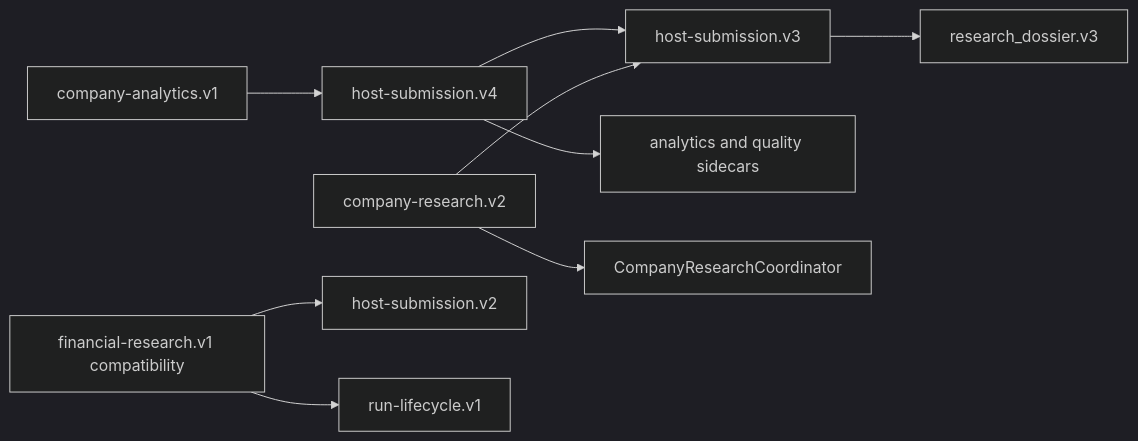
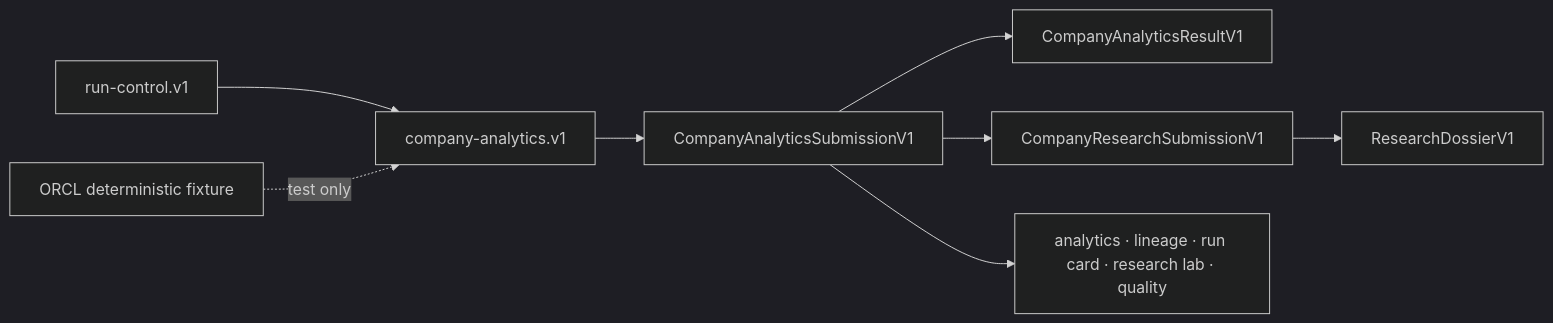
The diagram in docs/COMPATIBILITY.md (harshitagarwal2/StockResearchAgents), drawn with Mermaid (dark theme) before and after one commit. The commit also changed other lines of this file and 354 other files, not shown here.

Commit message:
refactor: make StockResearchAgents fully standalone

````diff
--- a/docs/COMPATIBILITY.md
+++ b/docs/COMPATIBILITY.md
@@ -10,13 +10,12 @@
 ```mermaid
 flowchart LR
-  accTitle: Contract and workflow compatibility map
-  accDescr: Company Analytics wraps the frozen company-research dossier with v4 analytics and quality sidecars, while the financial-research v1 lifecycle remains a preserved compatibility path.
-  A1[company-analytics.v1] --> H4[host-submission.v4]
-  H4 --> H3
-  H4 --> S[analytics and quality sidecars]
-  C2[company-research.v2] --> H3[host-submission.v3]
-  H3 --> D3[research_dossier.v3]
-  C2 --> CC[CompanyResearchCoordinator]
-  F[financial-research.v1 compatibility] --> H2[host-submission.v2]
-  F --> L[run-lifecycle.v1]
+  accTitle: StockResearchAgents active contract graph
+  accDescr: The one public company-analytics.v1 product profile validates an outer CompanyAnalyticsSubmissionV1 and publishes a strict CompanyAnalyticsResultV1 containing that exact submission plus seven authoritative artifacts.
+  A[company-analytics.v1] --> OUT[CompanyAnalyticsSubmissionV1]
+  OUT --> RESULT[CompanyAnalyticsResultV1]
+  OUT --> BASE[CompanyResearchSubmissionV1]
+  BASE --> DOSSIER[ResearchDossierV1]
+  OUT --> SIDE[analytics · lineage · run card · research lab · quality]
+  CONTROL[run-control.v1] --> A
+  FIX[ORCL deterministic fixture] -. test only .-> A
 ```
````
